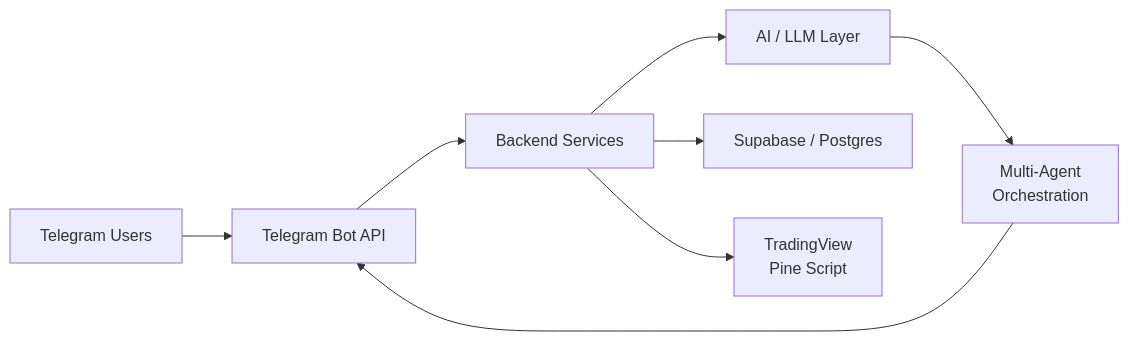
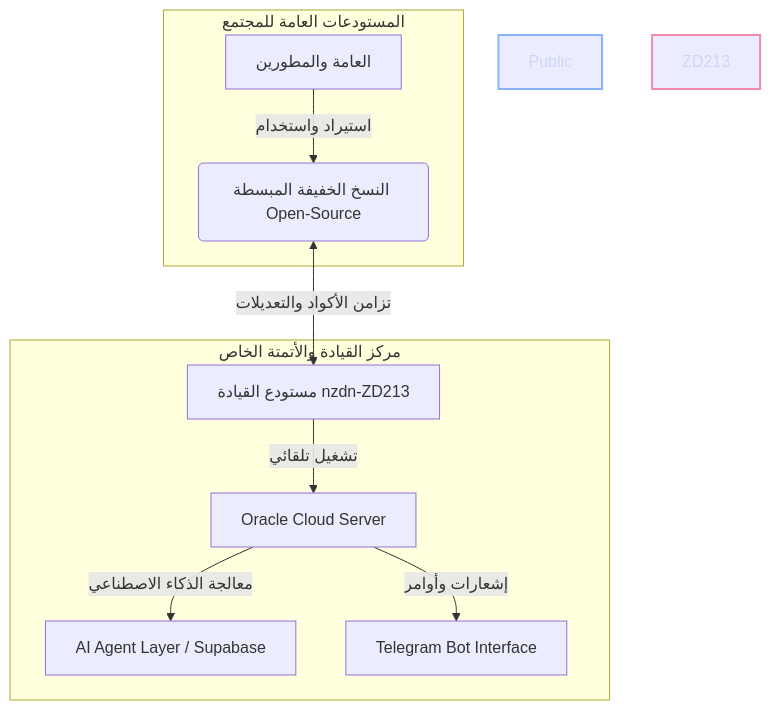
One commit to walid-zd213/walid-zd213 changed the diagram in README.md. Above: the diagram before and after it, drawn with Mermaid. The commit also changed other lines of this file, not shown here.

Commit message:
🌐 feat(readme): dual-language README (EN/AR) + deep mermaid architecture diagram

````diff
--- a/README.md
+++ b/README.md
@@ -32,10 +41,16 @@
 ```mermaid
-graph LR
-    A[Telegram Users] --> B[Telegram Bot API]
-    B --> C[Backend Services]
-    C --> D[AI / LLM Layer]
-    C --> E[Supabase / Postgres]
-    C --> F[TradingView<br/>Pine Script]
-    D --> G[Multi-Agent<br/>Orchestration]
-    G --> B
+graph TD
+    subgraph Public Realm [المستودعات العامة للمجتمع]
+        A[العامة والمطورين] -->|استيراد واستخدام| B(النسخ الخفيفة المبسطة Open-Source)
+    end
+
+    subgraph ZD213 Core Engine [مركز القيادة والأتمتة الخاص]
+        B <-->|تزامن الأكواد والتعديلات| C[مستودع القيادة nzdn-ZD213]
+        C -->|تشغيل تلقائي| D[Oracle Cloud Server]
+        D -->|معالجة الذكاء الاصطناعي| E[AI Agent Layer / Supabase]
+        D -->|إشعارات وأوامر| F[Telegram Bot Interface]
+    end
+
+    style Public Realm fill:#1e1e2e,stroke:#89b4fa,stroke-width:2px,color:#cdd6f4
+    style ZD213 Core Engine fill:#11111b,stroke:#f38ba8,stroke-width:2px,color:#cdd6f4
 ```
````
